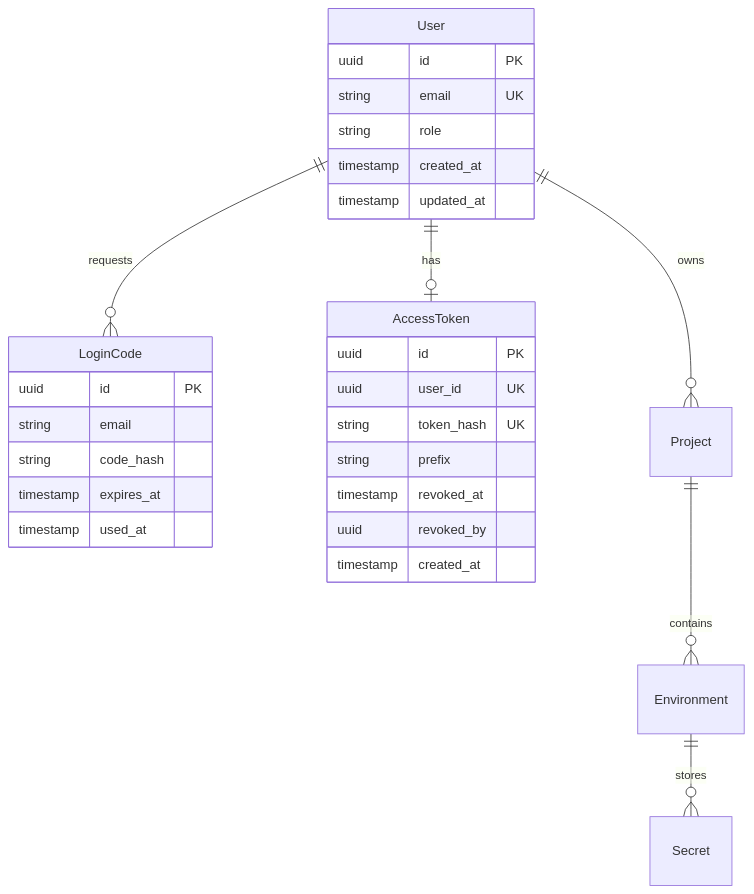
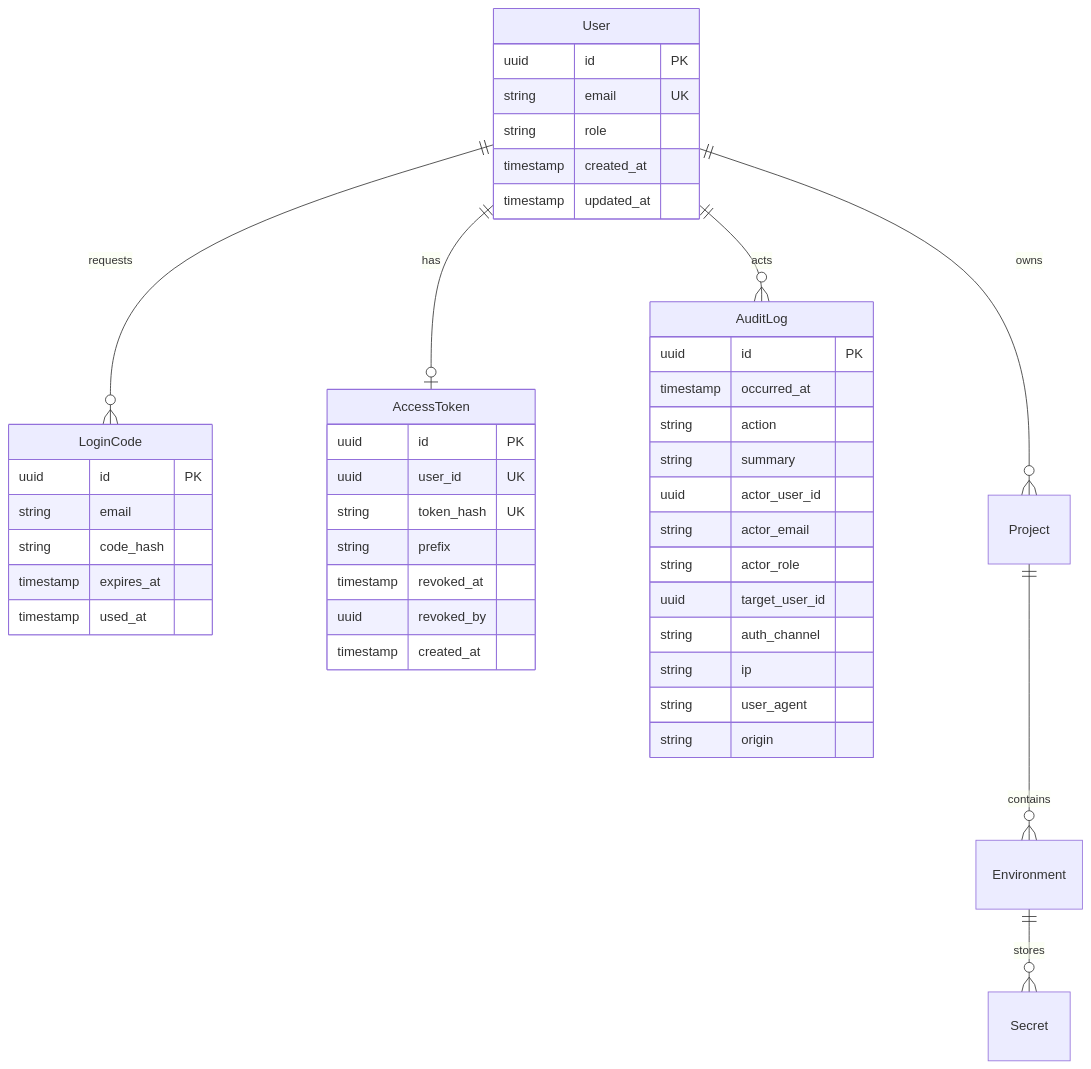
One commit to vmarinho22/envm-vault changed the second of 2 diagrams in docs/architecture.md. Above: the diagram before and after it, drawn with Mermaid. The commit also changed other lines of this file and 22 other files, not shown here.

````diff
--- a/docs/architecture.md
+++ b/docs/architecture.md
@@ -109,34 +109,50 @@
 ```mermaid
 erDiagram
   User ||--o{ LoginCode : requests
   User ||--o| AccessToken : has
+  User ||--o{ AuditLog : acts
   User ||--o{ Project : owns
   Project ||--o{ Environment : contains
   Environment ||--o{ Secret : stores
 
   User {
     uuid id PK
     string email UK
     string role
     timestamp created_at
     timestamp updated_at
   }
 
   LoginCode {
     uuid id PK
     string email
     string code_hash
     timestamp expires_at
     timestamp used_at
   }
 
   AccessToken {
     uuid id PK
     uuid user_id UK
     string token_hash UK
     string prefix
     timestamp revoked_at
     uuid revoked_by
     timestamp created_at
   }
+
+  AuditLog {
+    uuid id PK
+    timestamp occurred_at
+    string action
+    string summary
+    uuid actor_user_id
+    string actor_email
+    string actor_role
+    uuid target_user_id
+    string auth_channel
+    string ip
+    string user_agent
+    string origin
+  }
 ```
````
